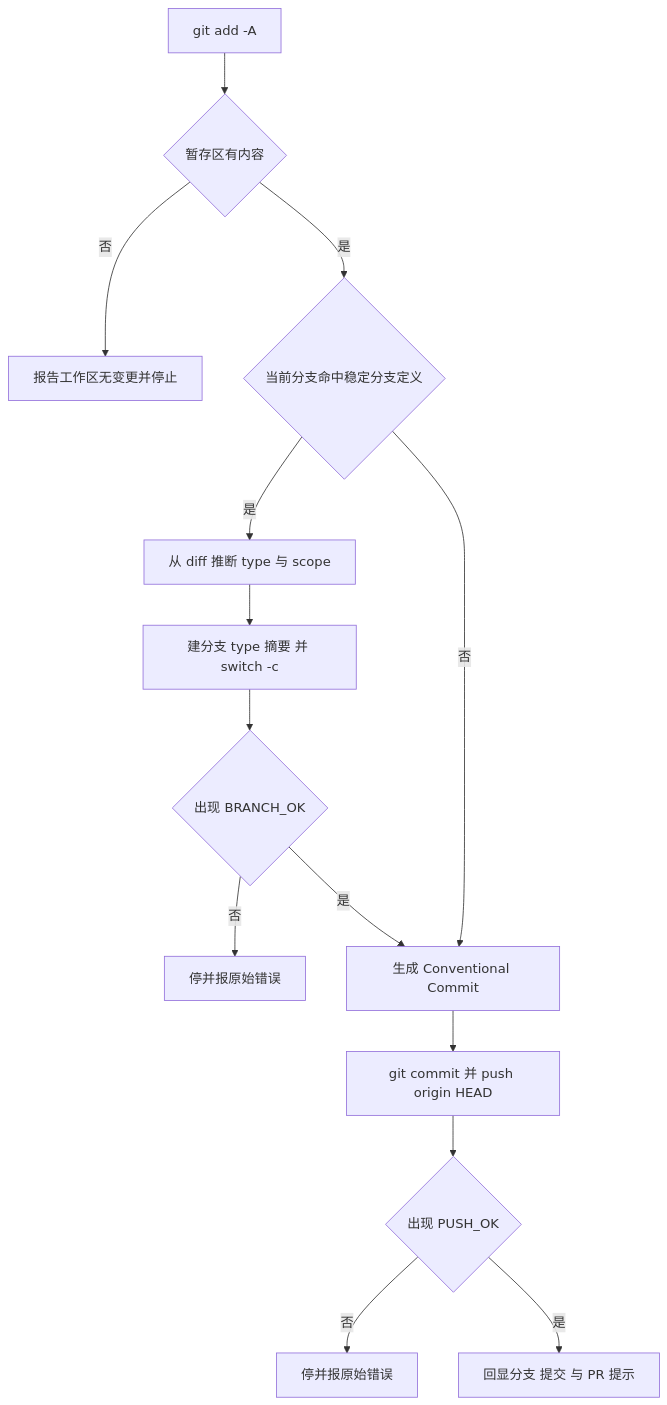
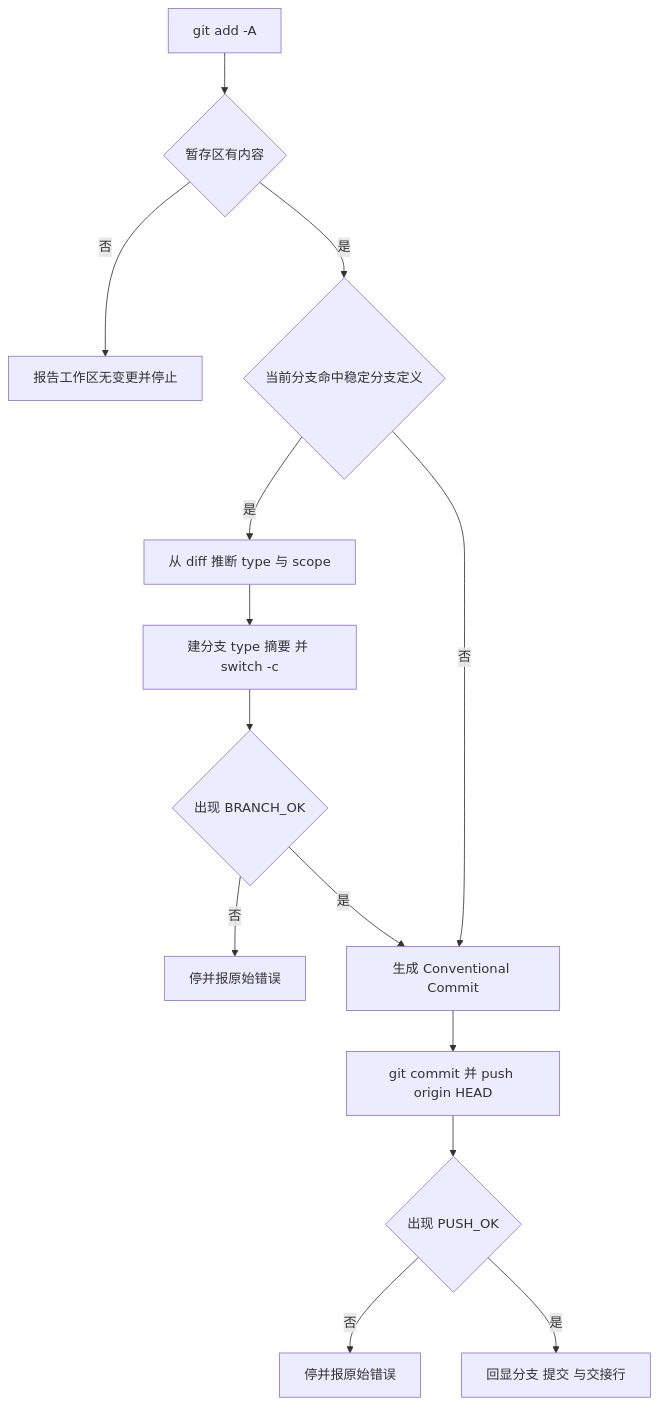
Before and after one commit to morehao/agent-skills: the third of 7 diagrams in docs/git-kit.md, drawn with Mermaid. The commit also changed other lines of this file and 9 other files, not shown here.

````diff
--- a/docs/git-kit.md
+++ b/docs/git-kit.md
@@ -108,16 +108,16 @@
 ```mermaid
 flowchart TD
     A[git add -A] --> B{暂存区有内容}
     B -->|否| B1[报告工作区无变更并停止]
     B -->|是| C{当前分支命中稳定分支定义}
     C -->|是| D[从 diff 推断 type 与 scope]
     D --> E[建分支 type 摘要 并 switch -c]
     E --> F{出现 BRANCH_OK}
     F -->|否| F1[停并报原始错误]
     F -->|是| G[生成 Conventional Commit]
     C -->|否| G
     G --> H[git commit 并 push origin HEAD]
     H --> I{出现 PUSH_OK}
     I -->|否| I1[停并报原始错误]
-    I -->|是| J[回显分支 提交 与 PR 提示]
+    I -->|是| J[回显分支 提交 与交接行]
 ```
````
